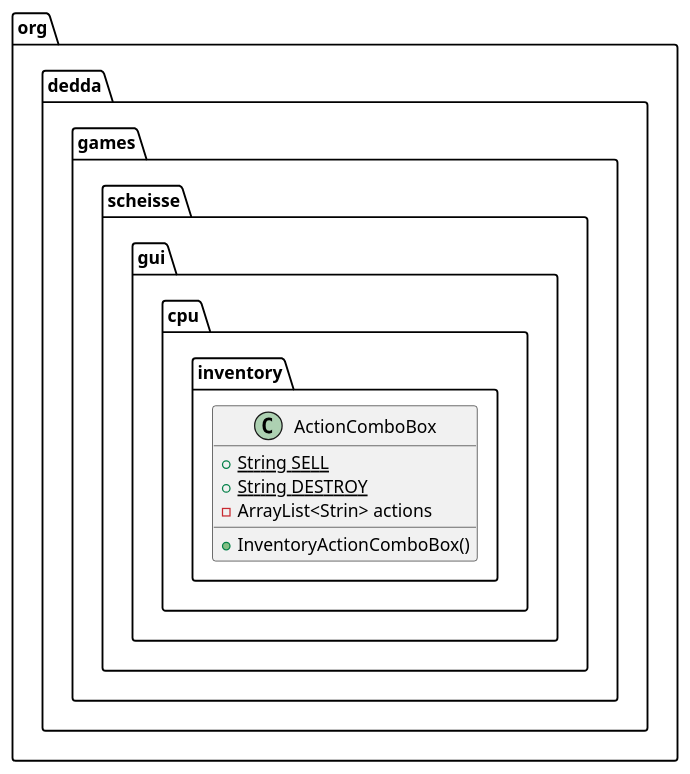
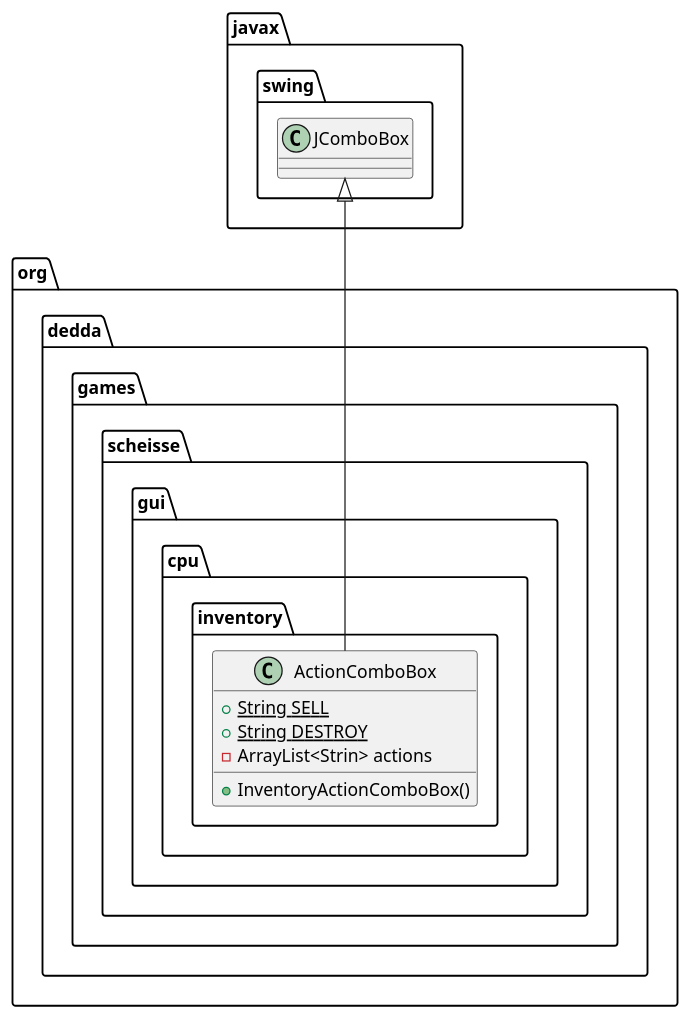
One commit to gitter-badger/scheisse changed the diagram in uml/classes/org.dedda.games.scheisse.gui.cpu.inventory.ActionComboBox.puml. Above: the diagram before and after it, drawn with PlantUML. The commit also changed 14 other files, not shown here.

Commit message:
extended puml class diagram a bit

```diff
--- a/uml/classes/org.dedda.games.scheisse.gui.cpu.inventory.ActionComboBox.puml
+++ b/uml/classes/org.dedda.games.scheisse.gui.cpu.inventory.ActionComboBox.puml
@@ -1,8 +1,12 @@
 @startuml
+class javax.swing.JComboBox
+
 class org.dedda.games.scheisse.gui.cpu.inventory.ActionComboBox{
     + {static} String SELL
     + {static} String DESTROY
     - ArrayList<Strin> actions
     + InventoryActionComboBox()
 }
+
+javax.swing.JComboBox <|-- org.dedda.games.scheisse.gui.cpu.inventory.ActionComboBox
 @enduml
```
